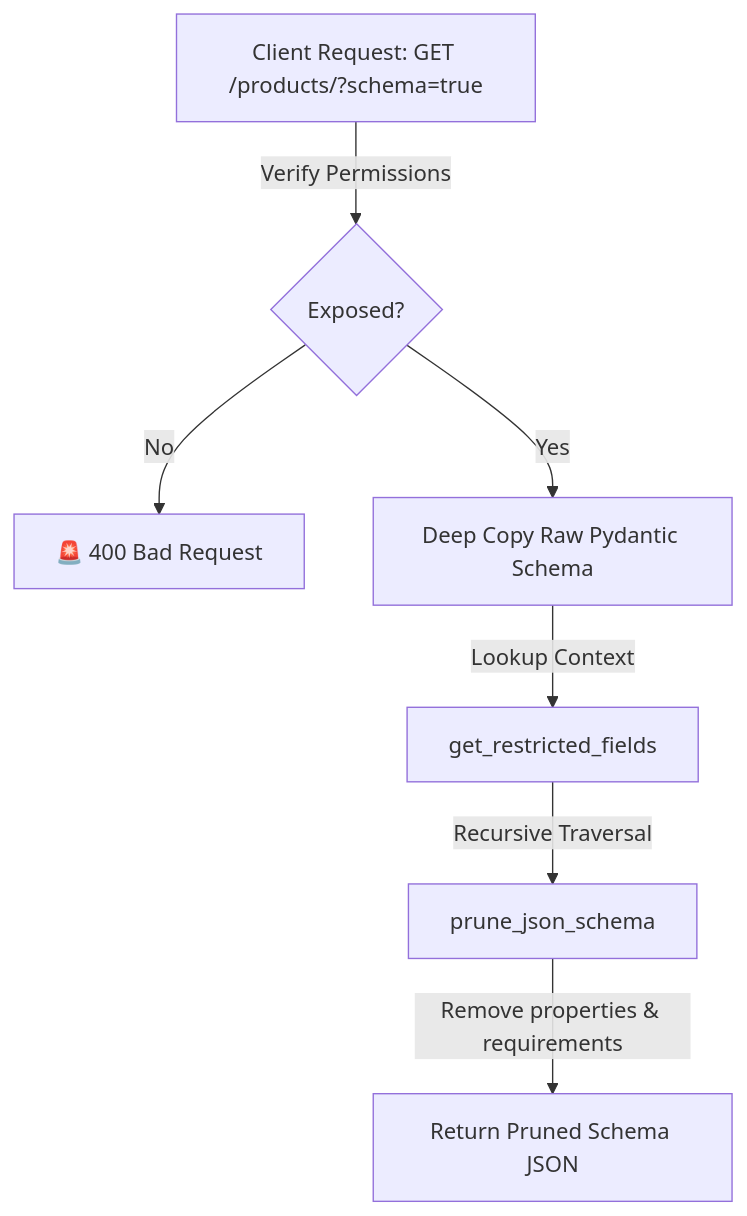
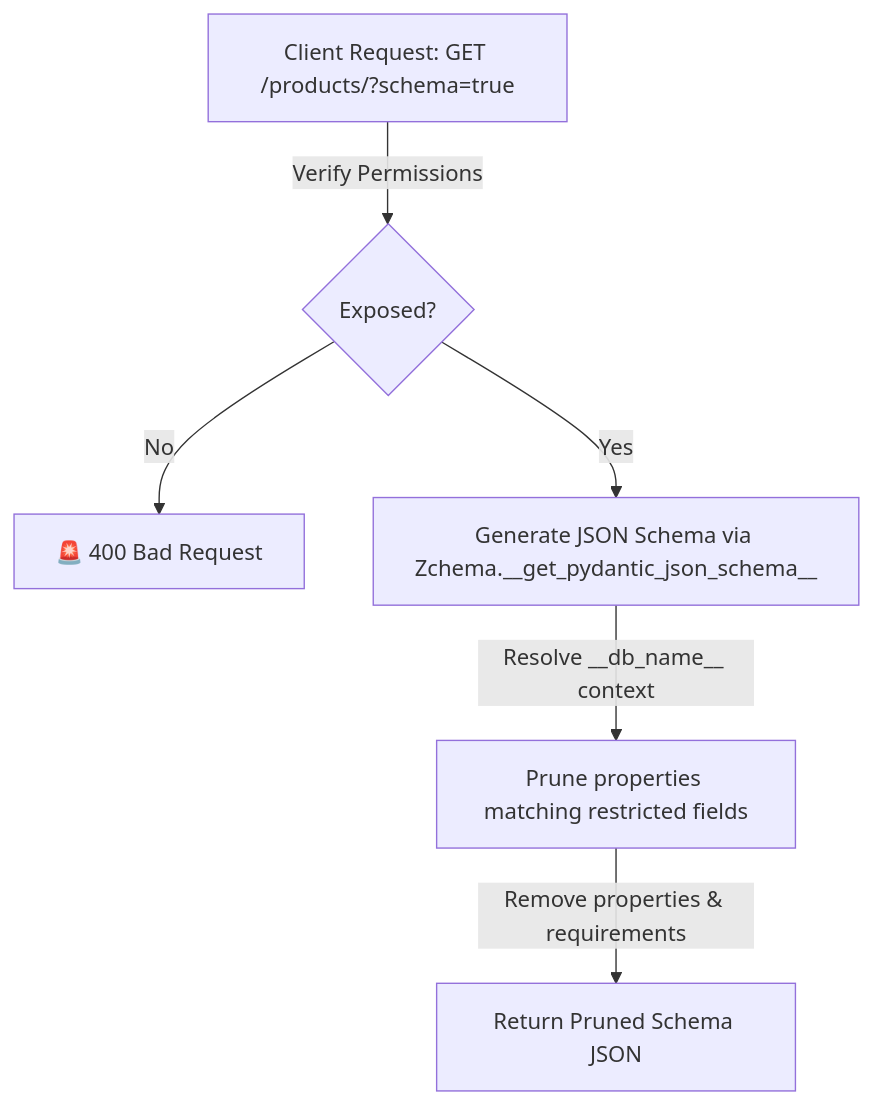
The diagram in docs/features/security/api-router.md (fastapi-zcore-framework/zcore), drawn with Mermaid before and after one commit. The commit also changed other lines of this file and 16 other files, not shown here.

````diff
--- a/docs/features/security/api-router.md
+++ b/docs/features/security/api-router.md
@@ -15,9 +15,8 @@
 ```mermaid
 graph TD
     Request[Client Request: GET /products/?schema=true] -->|Verify Permissions| IsExposed{Exposed?}
     IsExposed -->|No| Reject[🚨 400 Bad Request]
-    IsExposed -->|Yes| Clone[Deep Copy Raw Pydantic Schema]
-    Clone -->|Lookup Context| Context[get_restricted_fields]
-    Context -->|Recursive Traversal| Prune[prune_json_schema]
+    IsExposed -->|Yes| Generate[Generate JSON Schema via Zchema.__get_pydantic_json_schema__]
+    Generate -->|Resolve __db_name__ context| Prune[Prune properties matching restricted fields]
     Prune -->|Remove properties & requirements| Output[Return Pruned Schema JSON]
 ```
````
